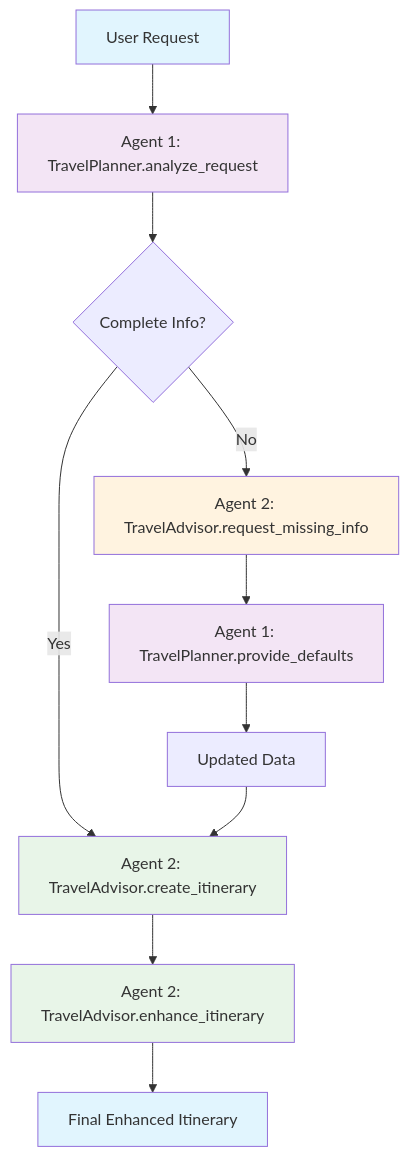
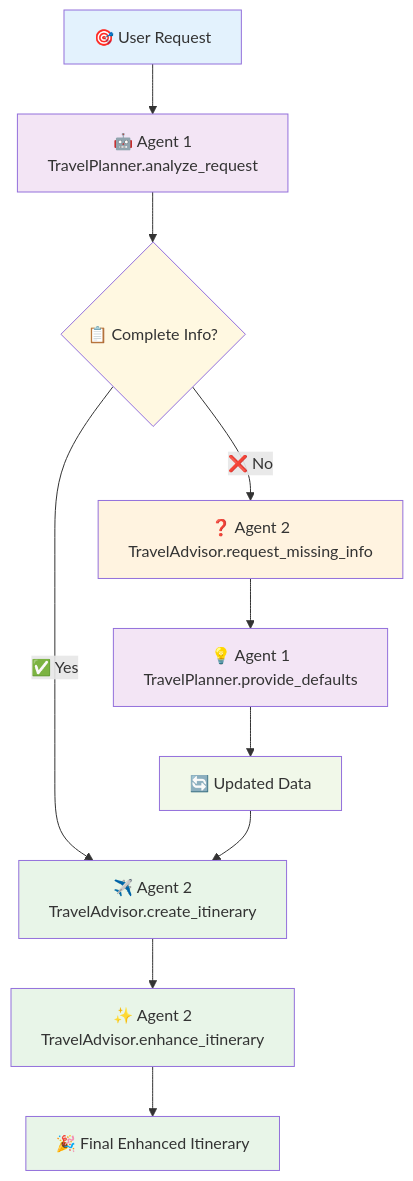
Before and after one commit to iamask/multi-agent-travel-planner: the diagram in README.md, drawn with Mermaid.

Commit message:
mermaid diagram

````diff
--- a/README.md
+++ b/README.md
@@ -28,20 +28,22 @@
 ```mermaid
 graph TD
-    A[User Request] --> B[Agent 1: TravelPlanner.analyze_request]
-    B --> C{Complete Info?}
-    C -->|Yes| D[Agent 2: TravelAdvisor.create_itinerary]
-    C -->|No| E[Agent 2: TravelAdvisor.request_missing_info]
-    E --> F[Agent 1: TravelPlanner.provide_defaults]
-    F --> G[Updated Data]
+    A[🎯 User Request] --> B[🤖 Agent 1<br/>TravelPlanner.analyze_request]
+    B --> C{📋 Complete Info?}
+    C -->|✅ Yes| D[✈️ Agent 2<br/>TravelAdvisor.create_itinerary]
+    C -->|❌ No| E[❓ Agent 2<br/>TravelAdvisor.request_missing_info]
+    E --> F[💡 Agent 1<br/>TravelPlanner.provide_defaults]
+    F --> G[🔄 Updated Data]
     G --> D
-    D --> H[Agent 2: TravelAdvisor.enhance_itinerary]
-    H --> I[Final Enhanced Itinerary]
+    D --> H[✨ Agent 2<br/>TravelAdvisor.enhance_itinerary]
+    H --> I[🎉 Final Enhanced Itinerary]
 
-    style A fill:#e1f5fe
+    style A fill:#e3f2fd
     style B fill:#f3e5f5
+    style C fill:#fff8e1
+    style D fill:#e8f5e8
     style E fill:#fff3e0
     style F fill:#f3e5f5
-    style D fill:#e8f5e8
+    style G fill:#f1f8e9
     style H fill:#e8f5e8
-    style I fill:#e1f5fe
+    style I fill:#e8f5e8
 ```
````
